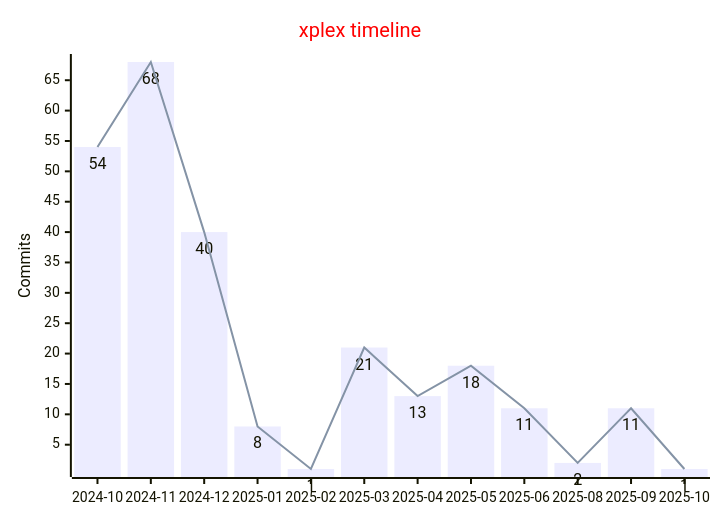
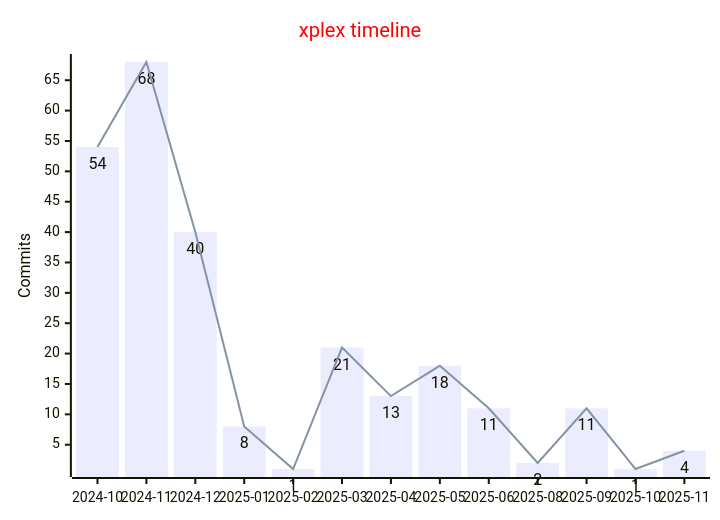
The diagram in README.md (namakshenas/namakshenas), drawn with Mermaid before and after one commit.

Commit message:
Update xplex commit history

````diff
--- a/README.md
+++ b/README.md
@@ -11,16 +11,16 @@
 ```mermaid
 ---
 config:
     xyChart:
         showDataLabel: true
     themeVariables:
         xyChart:
             titleColor: "#ff0000"
 ---
 xychart
   title "xplex timeline"
-  x-axis ["2024-10", "2024-11", "2024-12", "2025-01", "2025-02", "2025-03", "2025-04", "2025-05", "2025-06", "2025-08", "2025-09", "2025-10"]
+  x-axis ["2024-10", "2024-11", "2024-12", "2025-01", "2025-02", "2025-03", "2025-04", "2025-05", "2025-06", "2025-08", "2025-09", "2025-10", "2025-11"]
   y-axis "Commits"
-  bar [54, 68, 40, 8, 1, 21, 13, 18, 11, 2, 11, 1]
-  line [54, 68, 40, 8, 1, 21, 13, 18, 11, 2, 11, 1]
+  bar [54, 68, 40, 8, 1, 21, 13, 18, 11, 2, 11, 1, 4]
+  line [54, 68, 40, 8, 1, 21, 13, 18, 11, 2, 11, 1, 4]
 ```
````
